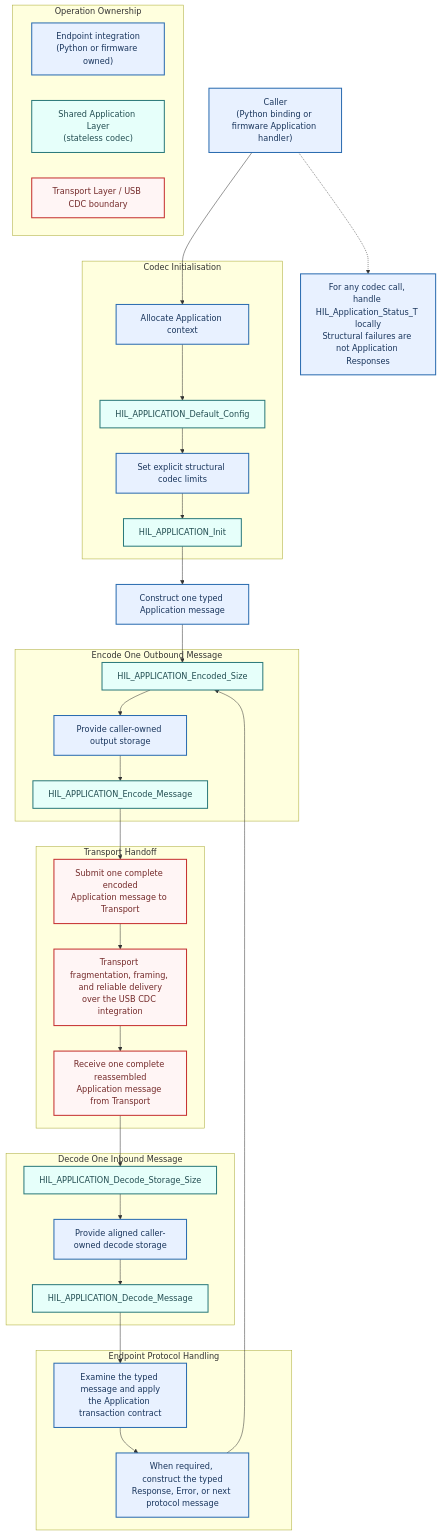
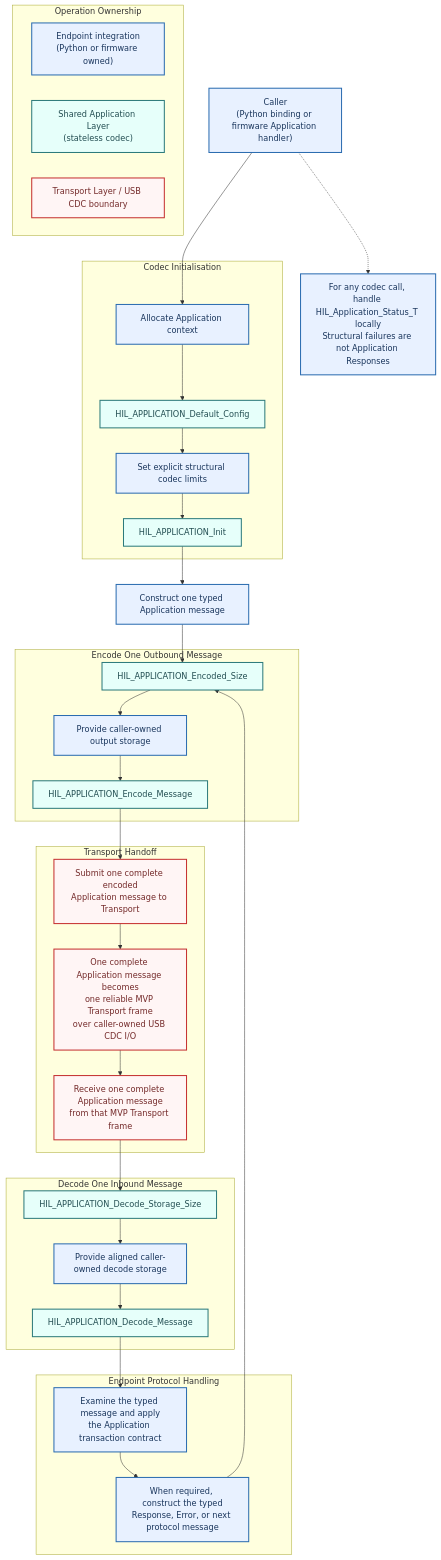
The diagram in docs/application_layer/application_api_usage.mmd (angus135/hil-rig-protocol), drawn with Mermaid before and after one commit. The commit also changed 17 other files, not shown here.

```diff
--- a/docs/application_layer/application_api_usage.mmd
+++ b/docs/application_layer/application_api_usage.mmd
@@ -1,71 +1,71 @@
 flowchart TD
 
 Caller["Caller<br/>(Python binding or firmware Application handler)"]
 
 subgraph Startup["Codec Initialisation"]
     A["Allocate Application context"]
     B["HIL_APPLICATION_Default_Config"]
     C["Set explicit structural codec limits"]
     D["HIL_APPLICATION_Init"]
 end
 
 E["Construct one typed Application message"]
 
 subgraph Outbound["Encode One Outbound Message"]
     F["HIL_APPLICATION_Encoded_Size"]
     G["Provide caller-owned output storage"]
     H["HIL_APPLICATION_Encode_Message"]
 end
 
 subgraph TransportBoundary["Transport Handoff"]
     I["Submit one complete encoded<br/>Application message to Transport"]
-    Wire["Transport fragmentation, framing, and reliable delivery<br/>over the USB CDC integration"]
-    J["Receive one complete reassembled<br/>Application message from Transport"]
+    Wire["One complete Application message becomes<br/>one reliable MVP Transport frame<br/>over caller-owned USB CDC I/O"]
+    J["Receive one complete Application message<br/>from that MVP Transport frame"]
 end
 
 subgraph Inbound["Decode One Inbound Message"]
     K["HIL_APPLICATION_Decode_Storage_Size"]
     L["Provide aligned caller-owned decode storage"]
     M["HIL_APPLICATION_Decode_Message"]
 end
 
 subgraph Integration["Endpoint Protocol Handling"]
     N["Examine the typed message and apply<br/>the Application transaction contract"]
     O["When required, construct the typed<br/>Response, Error, or next protocol message"]
 end
 
 Status["For any codec call, handle HIL_Application_Status_T locally<br/>Structural failures are not Application Responses"]
 
 subgraph Ownership["Operation Ownership"]
     OwnerEndpoint["Endpoint integration<br/>(Python or firmware owned)"]
     OwnerApplication["Shared Application Layer<br/>(stateless codec)"]
     OwnerTransport["Transport Layer / USB CDC boundary"]
 end
 
 Caller --> A
 A --> B
 B --> C
 C --> D
 D --> E
 E --> F
 F --> G
 G --> H
 H --> I
 I --> Wire
 Wire --> J
 J --> K
 K --> L
 L --> M
 M --> N
 N --> O
 O --> F
 
 Caller -.-> Status
 
 classDef endpointOwned fill:#e8f1ff,stroke:#2b6cb0,stroke-width:2px,color:#1a365d
 classDef applicationOwned fill:#e6fffa,stroke:#2c7a7b,stroke-width:2px,color:#234e52
 classDef transportOwned fill:#fff5f5,stroke:#c53030,stroke-width:2px,color:#742a2a
 
 class Caller,A,C,E,G,L,N,O,Status,OwnerEndpoint endpointOwned
 class B,D,F,H,K,M,OwnerApplication applicationOwned
 class I,Wire,J,OwnerTransport transportOwned
```
